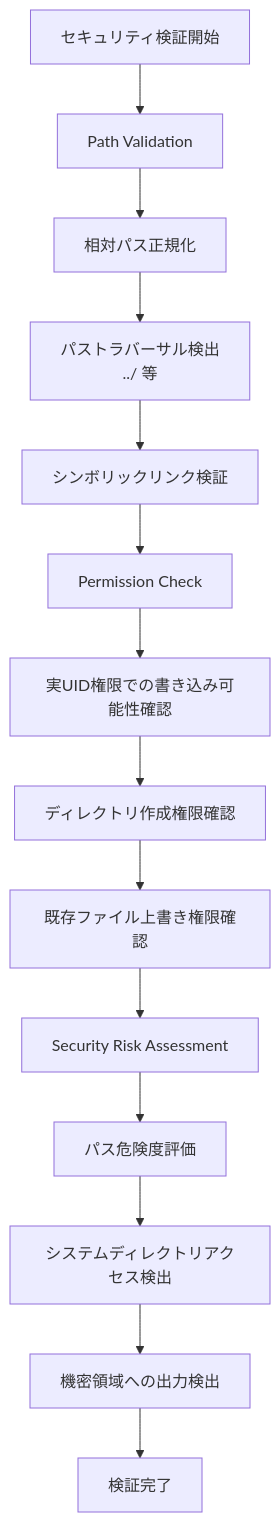
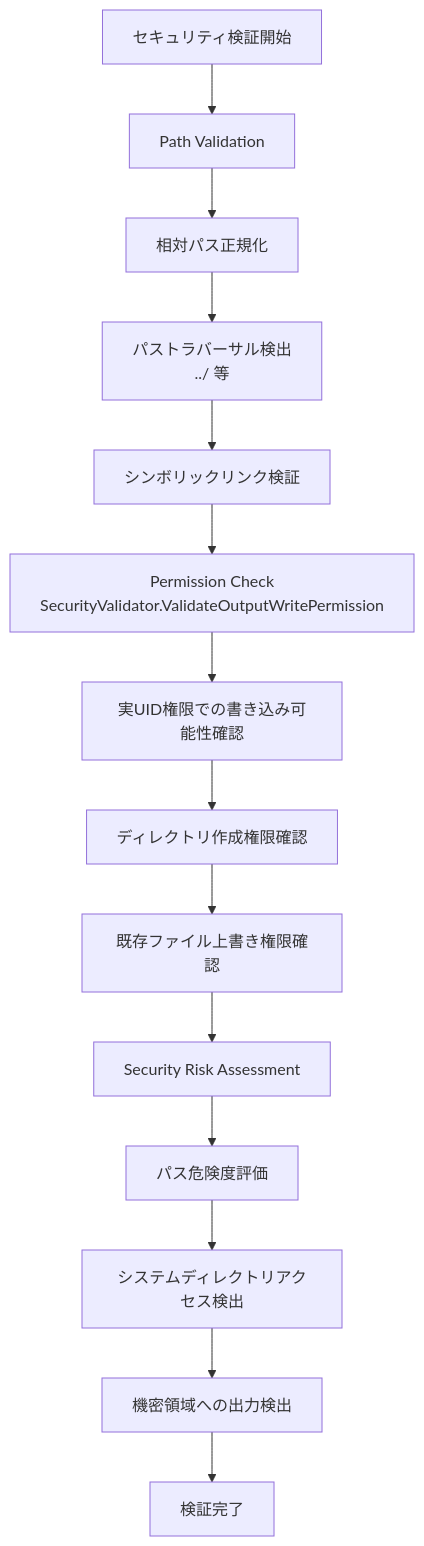
One commit to isseis/go-safe-cmd-runner changed the sixth of 11 diagrams in docs/tasks/0025_command_output/02_architecture.md. Above: the diagram before and after it, drawn with Mermaid. The commit also changed other lines of this file and 3 other files, not shown here.

First line of the commit message:
Add command output capture implementation plan and related security/IO changes

````diff
--- a/docs/tasks/0025_command_output/02_architecture.md
+++ b/docs/tasks/0025_command_output/02_architecture.md
@@ -246,19 +247,19 @@
 ```mermaid
 graph TD
     A[セキュリティ検証開始] --> B[Path Validation]
     B --> B1[相対パス正規化]
     B1 --> B2[パストラバーサル検出<br/>../ 等]
     B2 --> B3[シンボリックリンク検証]
 
-    B3 --> C[Permission Check]
+    B3 --> C[Permission Check<br/>SecurityValidator.ValidateOutputWritePermission]
     C --> C1[実UID権限での書き込み可能性確認]
     C1 --> C2[ディレクトリ作成権限確認]
     C2 --> C3[既存ファイル上書き権限確認]
 
     C3 --> D[Security Risk Assessment]
     D --> D1[パス危険度評価]
     D1 --> D2[システムディレクトリアクセス検出]
     D2 --> D3[機密領域への出力検出]
 
     D3 --> E[検証完了]
 ```
````
